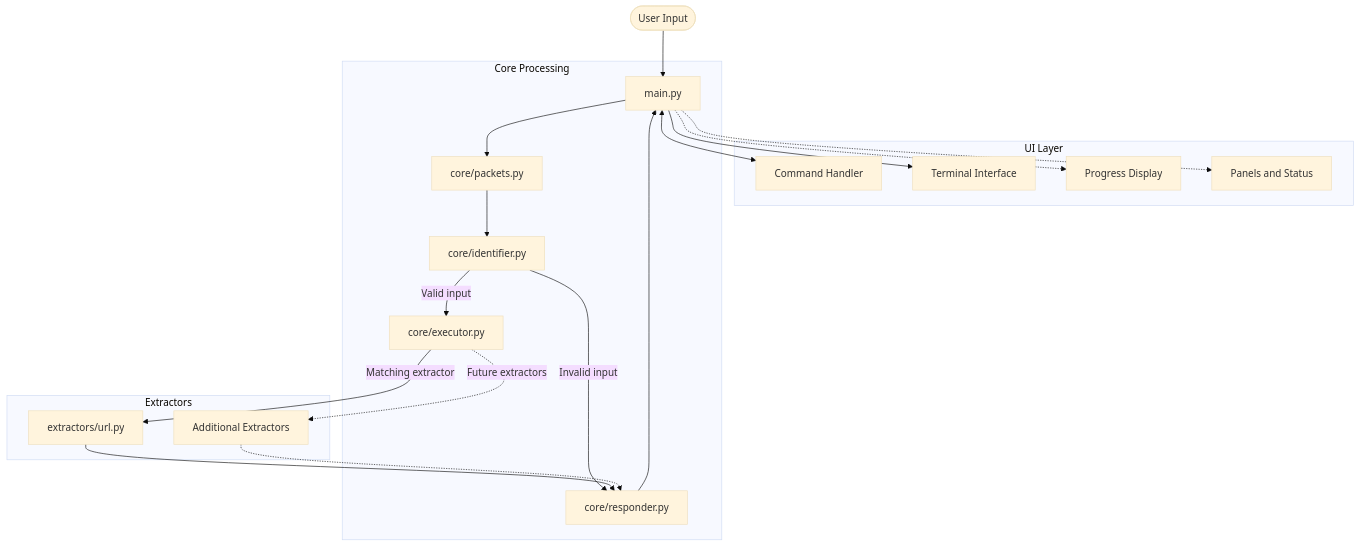
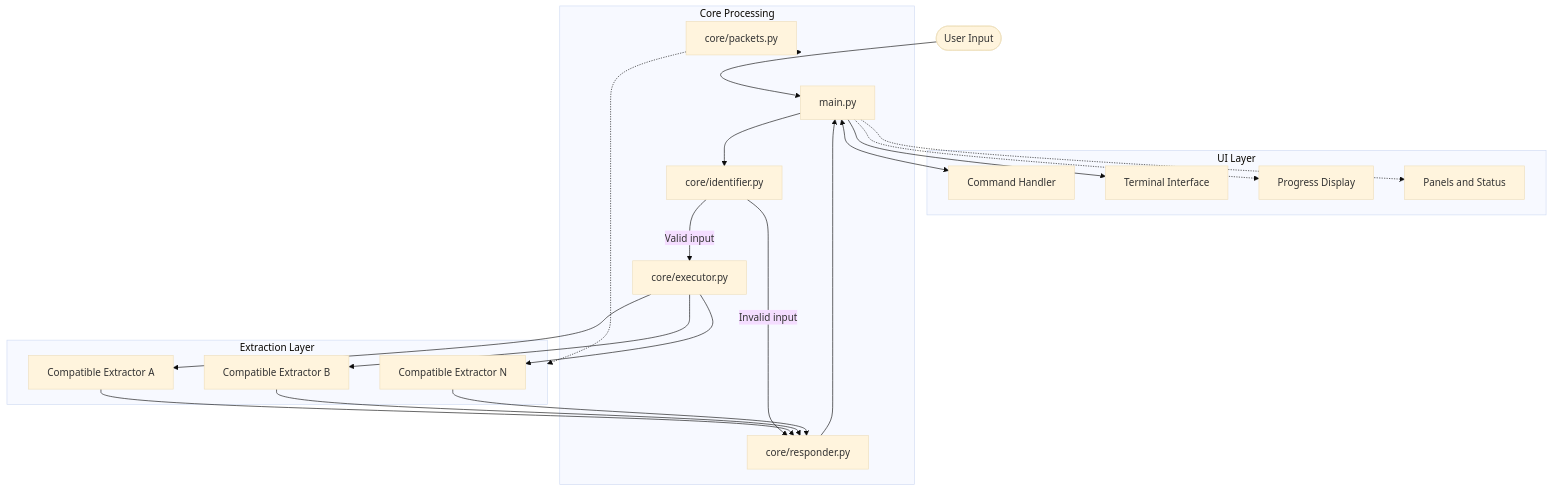
Before and after one commit to Proxy-Phaethon/theseus: the diagram in README.md, drawn with Mermaid (base theme). The commit also changed other lines of this file, not shown here.

````diff
--- a/README.md
+++ b/README.md
@@ -57,43 +61,46 @@
 ```mermaid
 flowchart TD
     USER([User Input])
 
     subgraph UI["UI Layer"]
         COMMANDS["Command Handler"]
         TERMINAL["Terminal Interface"]
         PROGRESS["Progress Display"]
         PRESENTATION["Panels and Status"]
     end
 
     subgraph CORE["Core Processing"]
         MAIN["main.py"]
-        PACKETS["core/packets.py"]
         IDENTIFIER["core/identifier.py"]
         EXECUTOR["core/executor.py"]
+        PACKETS["core/packets.py"]
         RESPONDER["core/responder.py"]
     end
 
-    subgraph EXTRACTORS["Extractors"]
-        URL["extractors/url.py"]
-        FUTURE["Additional Extractors"]
+    subgraph EXTRACTORS["Extraction Layer"]
+        EXTRACTOR_A["Compatible Extractor A"]
+        EXTRACTOR_B["Compatible Extractor B"]
+        EXTRACTOR_N["Compatible Extractor N"]
     end
 
     USER --> MAIN
     MAIN <--> COMMANDS
-    MAIN --> PACKETS
-    PACKETS --> IDENTIFIER
-
+    MAIN --> IDENTIFIER
     IDENTIFIER -->|Valid input| EXECUTOR
     IDENTIFIER -->|Invalid input| RESPONDER
 
-    EXECUTOR -->|Matching extractor| URL
-    EXECUTOR -.->|Future extractors| FUTURE
+    EXECUTOR --> EXTRACTOR_A
+    EXECUTOR --> EXTRACTOR_B
+    EXECUTOR --> EXTRACTOR_N
 
-    URL --> RESPONDER
-    FUTURE -.-> RESPONDER
+    EXTRACTOR_A --> RESPONDER
+    EXTRACTOR_B --> RESPONDER
+    EXTRACTOR_N --> RESPONDER
 
     RESPONDER --> MAIN
     MAIN --> TERMINAL
     MAIN -.-> PROGRESS
     MAIN -.-> PRESENTATION
+    PACKETS -.-> CORE
+    PACKETS -.-> EXTRACTORS
 ```
````
